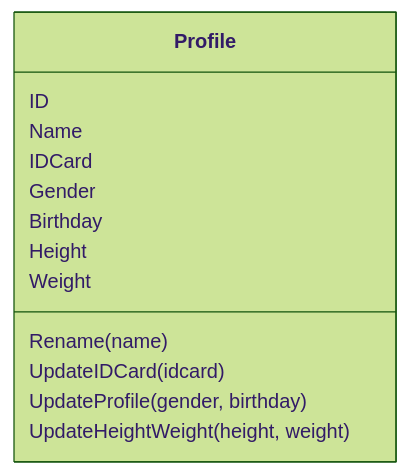
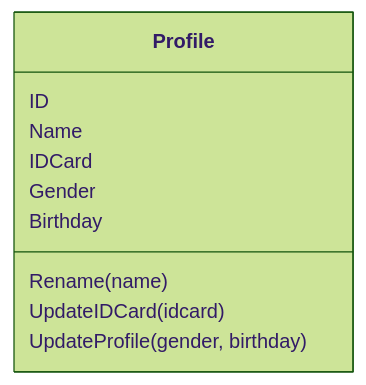
Before and after one commit to FangcunMount/iam: the sixth of 12 diagrams in docs/04-身份Identity/01-User与Profile模型.md, drawn with Mermaid (forest theme). The commit also changed other lines of this file and 65 other files, not shown here.

````diff
--- a/docs/04-身份Identity/01-User与Profile模型.md
+++ b/docs/04-身份Identity/01-User与Profile模型.md
@@ -552,16 +523,13 @@
 ```mermaid
 classDiagram
     class Profile {
       ID
       Name
       IDCard
       Gender
       Birthday
-      Height
-      Weight
       Rename(name)
       UpdateIDCard(idcard)
       UpdateProfile(gender, birthday)
-      UpdateHeightWeight(height, weight)
     }
 ```
````
